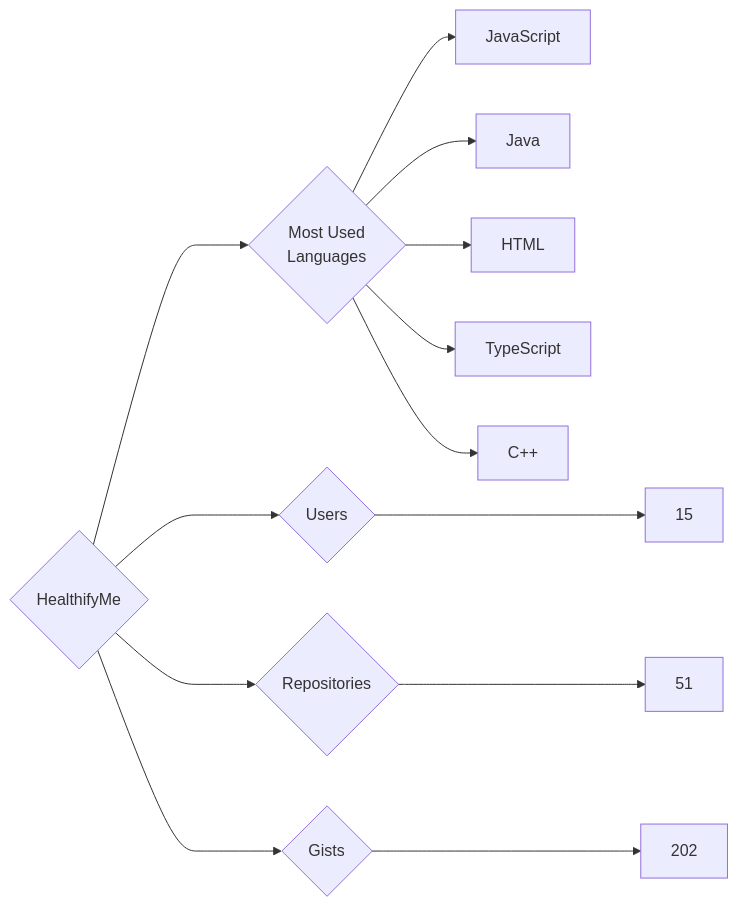
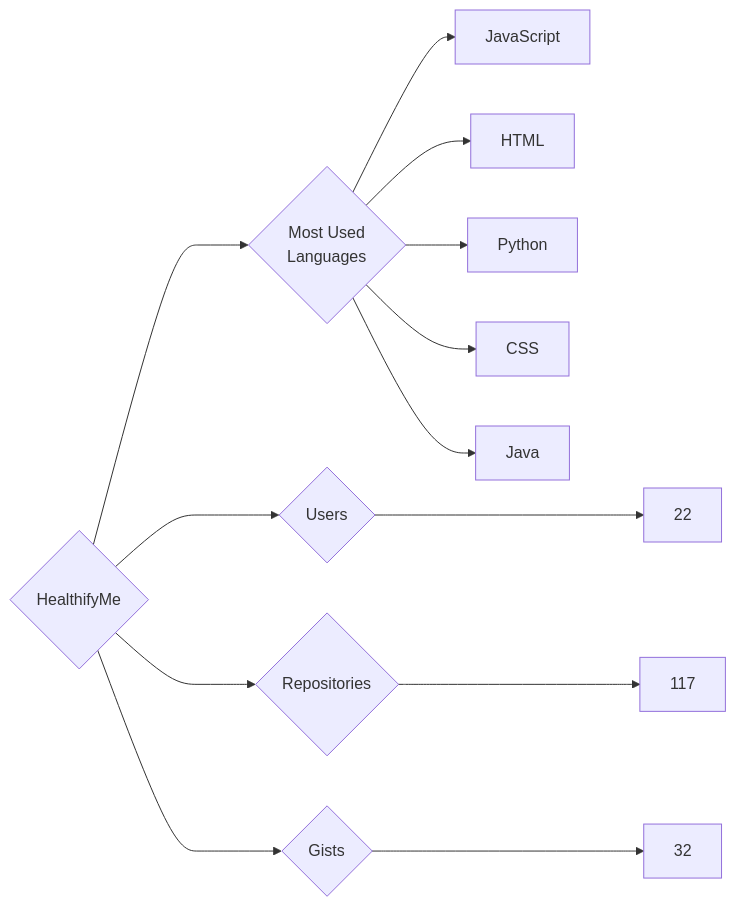
Before and after one commit to trickest/insiders: the diagram in targets/HealthifyMe/README.md, drawn with Mermaid. The commit also changed 736 other files, not shown here.

````diff
--- a/targets/HealthifyMe/README.md
+++ b/targets/HealthifyMe/README.md
@@ -3,13 +3,13 @@
 ```mermaid
 graph LR
 COMPANY_NAME{HealthifyMe}
-COMPANY_NAME ---> U{Users} ---> UN[15]
-COMPANY_NAME ---> R{Repositories} ---> RN[51]
-COMPANY_NAME ---> G{Gists} ---> GN[202]
+COMPANY_NAME ---> U{Users} ---> UN[22]
+COMPANY_NAME ---> R{Repositories} ---> RN[117]
+COMPANY_NAME ---> G{Gists} ---> GN[32]
 COMPANY_NAME ---> ML{Most Used<br>Languages}
 ML --> JavaScript[JavaScript]
+ML --> HTML[HTML]
+ML --> Python[Python]
+ML --> CSS[CSS]
 ML --> Java[Java]
-ML --> HTML[HTML]
-ML --> TypeScript[TypeScript]
-ML --> C++[C++]
 ```
````
